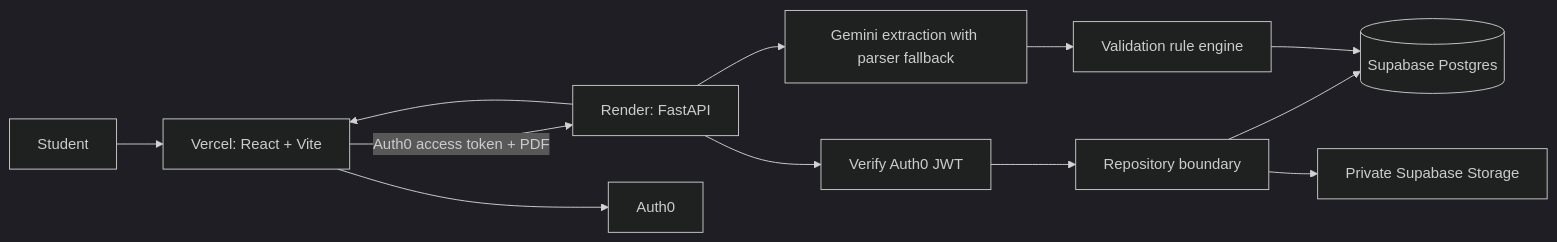
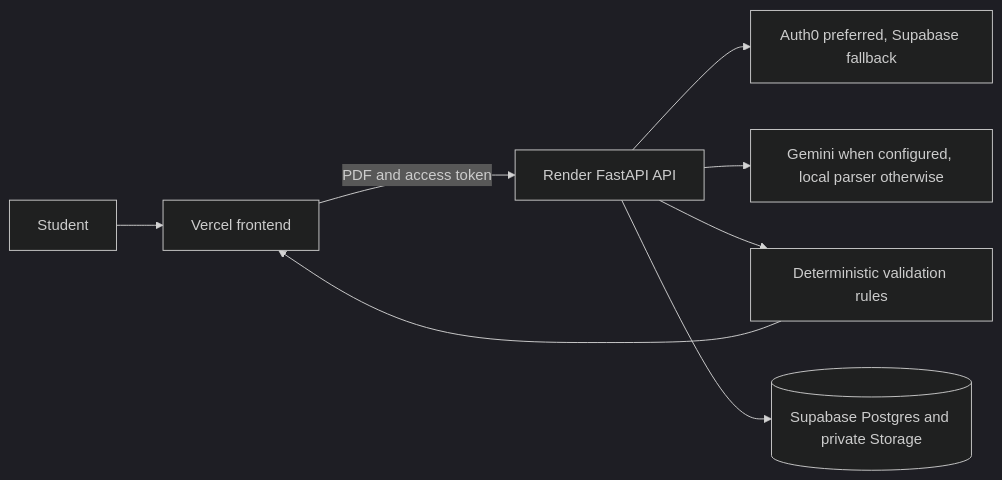
Before and after one commit to ManavTri/TheVibeCoders-HackPSU-2026: the diagram in README.md, drawn with Mermaid (dark theme). The commit also changed other lines of this file and 10 other files, not shown here.

````diff
--- a/README.md
+++ b/README.md
@@ -11,14 +25,10 @@
 ```mermaid
 flowchart LR
-  Student --> Web[Vercel: React + Vite]
-  Web -->|Auth0 access token + PDF| API[Render: FastAPI]
-  Web --> Auth[Auth0]
-  API --> Verify[Verify Auth0 JWT]
-  Verify --> Repo[Repository boundary]
-  Repo --> DB[(Supabase Postgres)]
-  Repo --> Storage[Private Supabase Storage]
-  API --> Extract[Gemini extraction with parser fallback]
-  Extract --> Rules[Validation rule engine]
-  Rules --> DB
-  API --> Web
+  Student --> Web[Vercel frontend]
+  Web -->|PDF and access token| API[Render FastAPI API]
+  API --> Auth[Auth0 preferred, Supabase fallback]
+  API --> Extract[Gemini when configured, local parser otherwise]
+  API --> Rules[Deterministic validation rules]
+  API --> Data[(Supabase Postgres and private Storage)]
+  Rules --> Web
 ```
````
